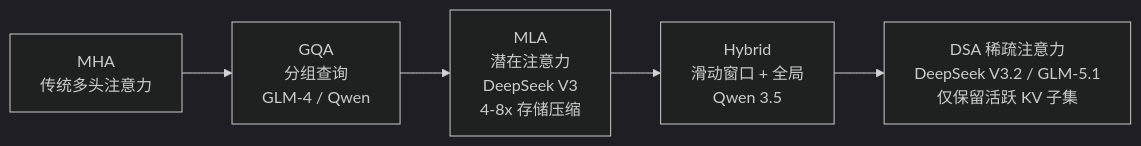
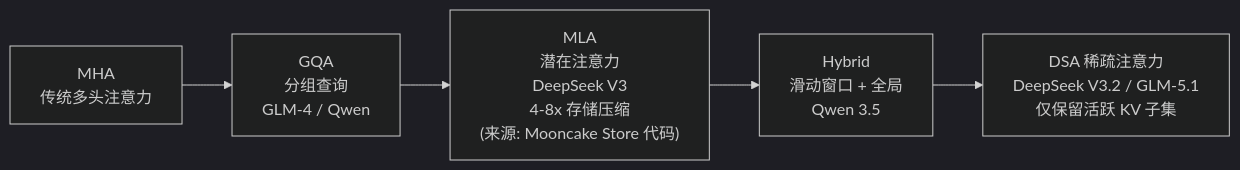
Before and after one commit to QJWang23/Mooncake: the fifth of 12 diagrams in docs/superpowers/briefings/2026-06-11-distributed-kvcache-executive-briefing.md, drawn with Mermaid (dark theme). The commit also changed other lines of this file, not shown here.

````diff
--- a/docs/superpowers/briefings/2026-06-11-distributed-kvcache-executive-briefing.md
+++ b/docs/superpowers/briefings/2026-06-11-distributed-kvcache-executive-briefing.md
@@ -164,7 +225,7 @@
 ```mermaid
 graph LR
     MHA["MHA<br/>传统多头注意力"] --> GQA["GQA<br/>分组查询<br/>GLM-4 / Qwen"]
-    GQA --> MLA["MLA<br/>潜在注意力<br/>DeepSeek V3<br/>4-8x 存储压缩"]
+    GQA --> MLA["MLA<br/>潜在注意力<br/>DeepSeek V3<br/>4-8x 存储压缩<br/>(来源: Mooncake Store 代码)"]
     MLA --> HYBRID["Hybrid<br/>滑动窗口 + 全局<br/>Qwen 3.5"]
     HYBRID --> DSA["DSA 稀疏注意力<br/>DeepSeek V3.2 / GLM-5.1<br/>仅保留活跃 KV 子集"]
 ```
````
